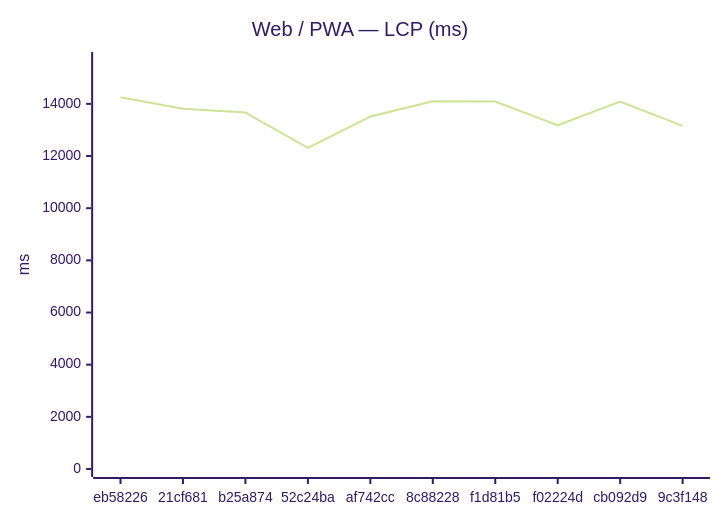
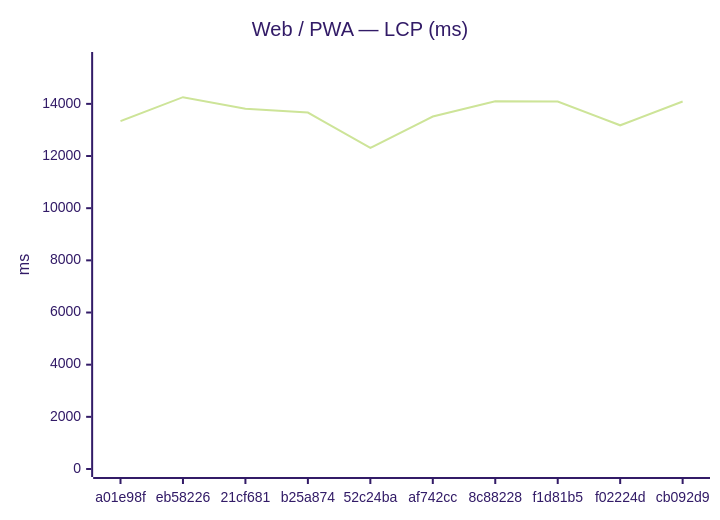
One commit to Metaheurist/Rianell changed the first of 18 diagrams in benchmarks/compare.md. Above: the diagram before and after it, drawn with Mermaid (forest theme). The commit also changed other lines of this file and 11 other files, not shown here.

````diff
--- a/benchmarks/compare.md
+++ b/benchmarks/compare.md
@@ -24,7 +24,7 @@
 ```mermaid
 xychart-beta
     title "Web / PWA — LCP (ms)"
-    x-axis ["eb58226", "21cf681", "b25a874", "52c24ba", "af742cc", "8c88228", "f1d81b5", "f02224d", "cb092d9", "9c3f148"]
+    x-axis ["a01e98f", "eb58226", "21cf681", "b25a874", "52c24ba", "af742cc", "8c88228", "f1d81b5", "f02224d", "cb092d9"]
     y-axis "ms" 0 --> 15682
-    line [14256, 13811, 13665, 12311, 13514, 14099, 14091, 13178, 14089, 13157]
+    line [13339, 14256, 13811, 13665, 12311, 13514, 14099, 14091, 13178, 14089]
 ```
````
